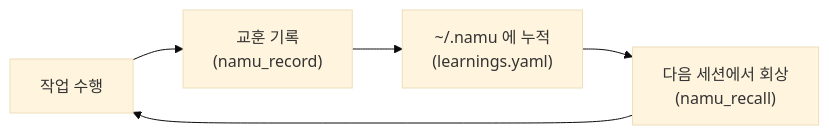
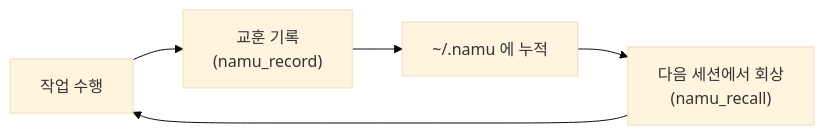
Before and after one commit to onmiso-hash/namu-agent: the diagram in README.ko.md, drawn with Mermaid (base theme). The commit also changed other lines of this file and 19 other files, not shown here.

````diff
--- a/README.ko.md
+++ b/README.ko.md
@@ -23,7 +25,7 @@
 ```mermaid
 flowchart LR
     A[작업 수행] --> B["교훈 기록<br/>(namu_record)"]
-    B --> C["~/.namu 에 누적<br/>(learnings.yaml)"]
+    B --> C["~/.namu 에 누적"]
     C --> D["다음 세션에서 회상<br/>(namu_recall)"]
     D --> A
 ```
````
